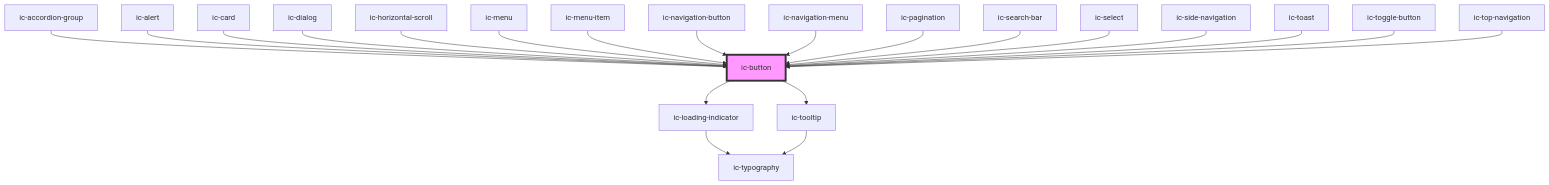
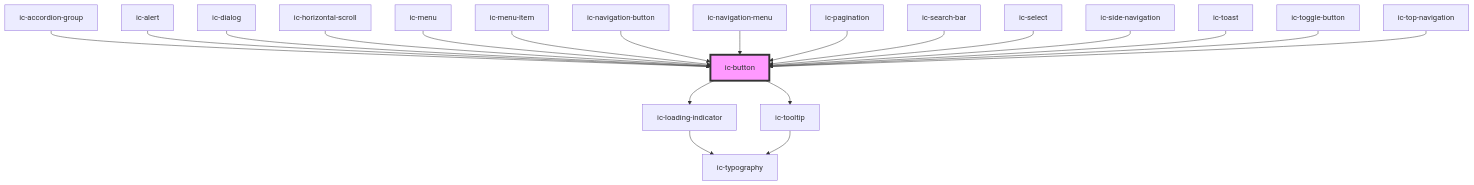
The diagram in packages/web-components/src/components/ic-button/readme.md (mi6/ic-ui-kit), drawn with Mermaid before and after one commit. The commit also changed other lines of this file and 5 other files, not shown here.

First line of the commit message:
fix(web-components): changed card expand button to be a native button

````diff
--- a/packages/web-components/src/components/ic-button/readme.md
+++ b/packages/web-components/src/components/ic-button/readme.md
@@ -110,24 +109,23 @@
 ```mermaid
 graph TD;
   ic-button --> ic-loading-indicator
   ic-button --> ic-tooltip
   ic-loading-indicator --> ic-typography
   ic-tooltip --> ic-typography
   ic-accordion-group --> ic-button
   ic-alert --> ic-button
-  ic-card --> ic-button
   ic-dialog --> ic-button
   ic-horizontal-scroll --> ic-button
   ic-menu --> ic-button
   ic-menu-item --> ic-button
   ic-navigation-button --> ic-button
   ic-navigation-menu --> ic-button
   ic-pagination --> ic-button
   ic-search-bar --> ic-button
   ic-select --> ic-button
   ic-side-navigation --> ic-button
   ic-toast --> ic-button
   ic-toggle-button --> ic-button
   ic-top-navigation --> ic-button
   style ic-button fill:#f9f,stroke:#333,stroke-width:4px
 ```
````
